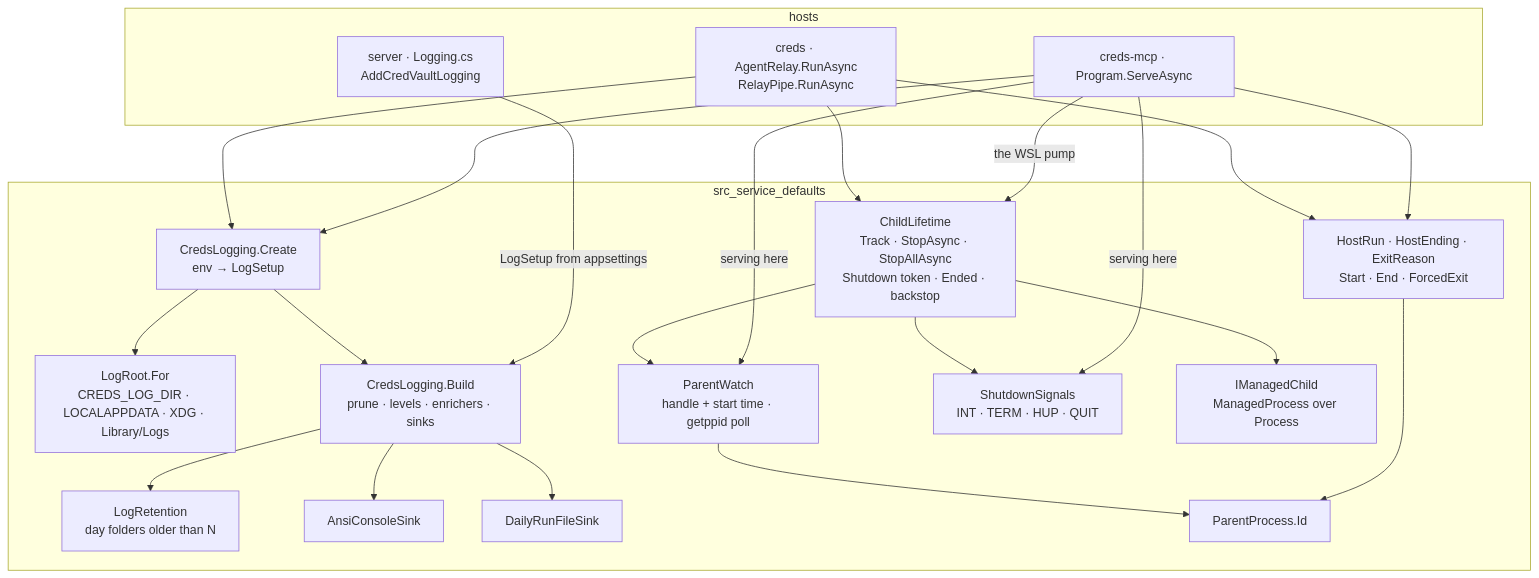
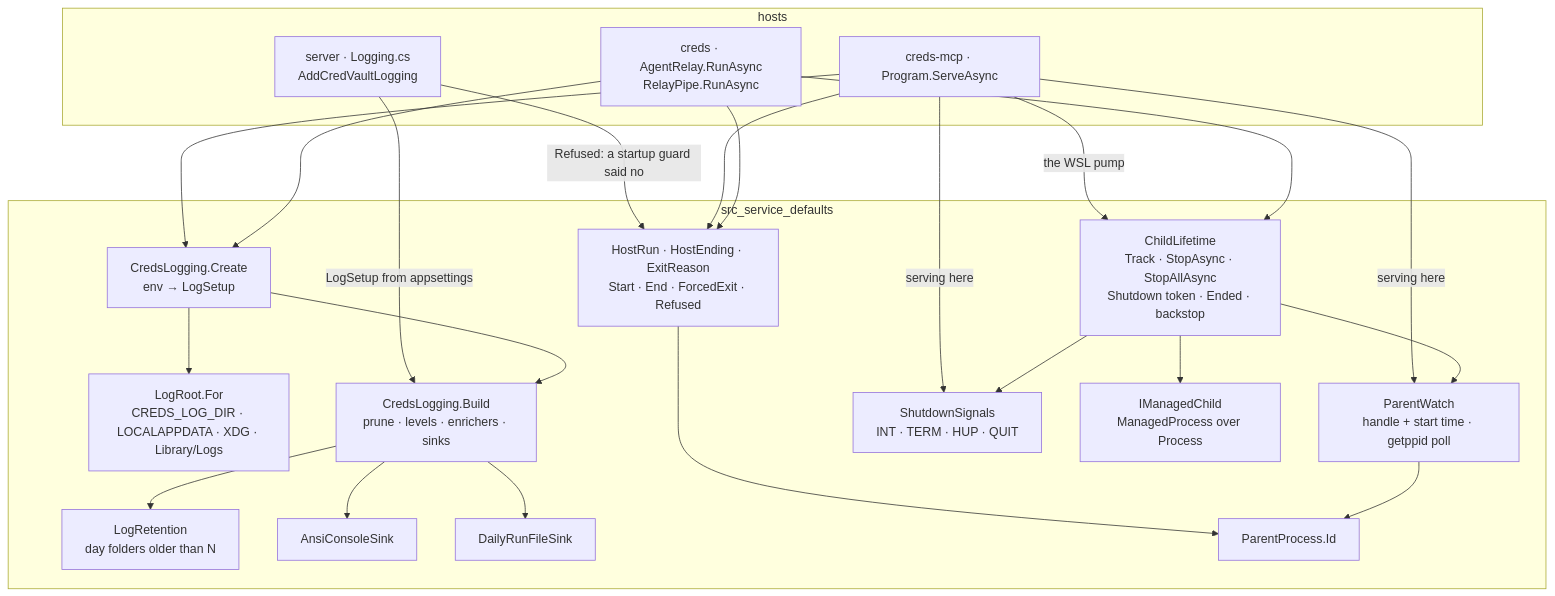
The diagram in research/module_service_defaults.md (oleksandrdubyna88/dew_flow_creds_for_devs), drawn with Mermaid before and after one commit. The commit also changed other lines of this file and 16 other files, not shown here.

First line of the commit message:
fix(server): a refused start is logged at Fatal and exits 78 (#232)

````diff
--- a/research/module_service_defaults.md
+++ b/research/module_service_defaults.md
@@ -33,41 +33,42 @@
 ```mermaid
 flowchart TB
     subgraph hosts["hosts"]
         server["server · Logging.cs<br/>AddCredVaultLogging"]
         mcp["creds-mcp · Program.ServeAsync"]
         relay["creds · AgentRelay.RunAsync<br/>RelayPipe.RunAsync"]
     end
     subgraph lib["src_service_defaults"]
         create["CredsLogging.Create<br/>env → LogSetup"]
         root["LogRoot.For<br/>CREDS_LOG_DIR · LOCALAPPDATA · XDG · Library/Logs"]
         build["CredsLogging.Build<br/>prune · levels · enrichers · sinks"]
         retention["LogRetention<br/>day folders older than N"]
         console["AnsiConsoleSink"]
         file["DailyRunFileSink"]
-        run["HostRun · HostEnding · ExitReason<br/>Start · End · ForcedExit"]
+        run["HostRun · HostEnding · ExitReason<br/>Start · End · ForcedExit · Refused"]
         ppid["ParentProcess.Id"]
         watch["ParentWatch<br/>handle + start time · getppid poll"]
         signals["ShutdownSignals<br/>INT · TERM · HUP · QUIT"]
         children["ChildLifetime<br/>Track · StopAsync · StopAllAsync<br/>Shutdown token · Ended · backstop"]
         managed["IManagedChild<br/>ManagedProcess over Process"]
     end
     server -->|"LogSetup from appsettings"| build
     mcp --> create
     relay --> create
     create --> root
     create --> build
     build --> retention
     build --> console
     build --> file
+    server -->|"Refused: a startup guard said no"| run
     mcp --> run
     relay --> run
     run --> ppid
     mcp -->|"serving here"| watch
     mcp -->|"serving here"| signals
     mcp -->|"the WSL pump"| children
     relay --> children
     children --> signals
     children --> watch
     children --> managed
     watch --> ppid
 ```
````
